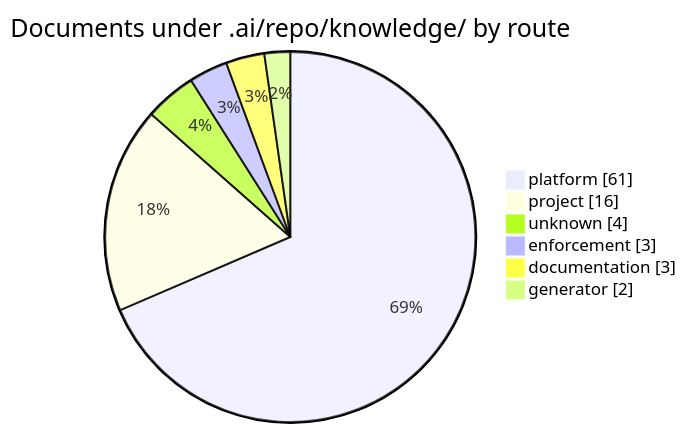
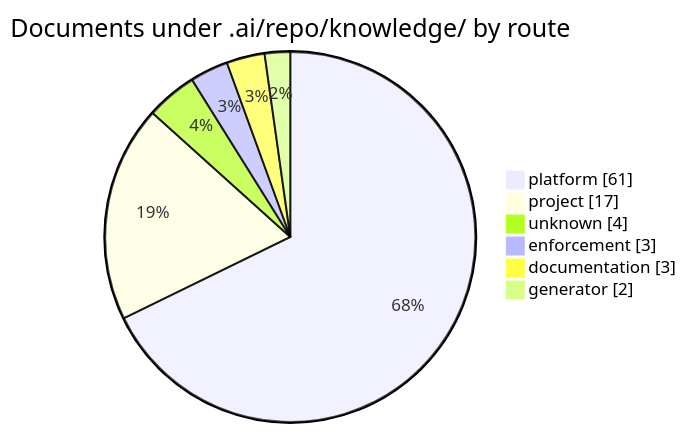
One commit to korczis/OpenTTD changed the second of 3 diagrams in .ai/repo/knowledge/README.md. Above: the diagram before and after it, drawn with Mermaid. The commit also changed other lines of this file and 1 other file, not shown here.

````diff
--- a/.ai/repo/knowledge/README.md
+++ b/.ai/repo/knowledge/README.md
@@ -45,10 +46,10 @@
 ```mermaid
 pie showData title Documents under .ai/repo/knowledge/ by route
     %% links: README.md?col=Route&filter=platform#records-generated | README.md?col=Route&filter=project#records-generated | README.md?col=Route&filter=#records-generated | README.md?col=Route&filter=enforcement#records-generated | README.md?col=Route&filter=documentation#records-generated | README.md?col=Route&filter=generator#records-generated
     "platform" : 61
-    "project" : 16
+    "project" : 17
     "unknown" : 4
     "enforcement" : 3
     "documentation" : 3
     "generator" : 2
 ```
````
